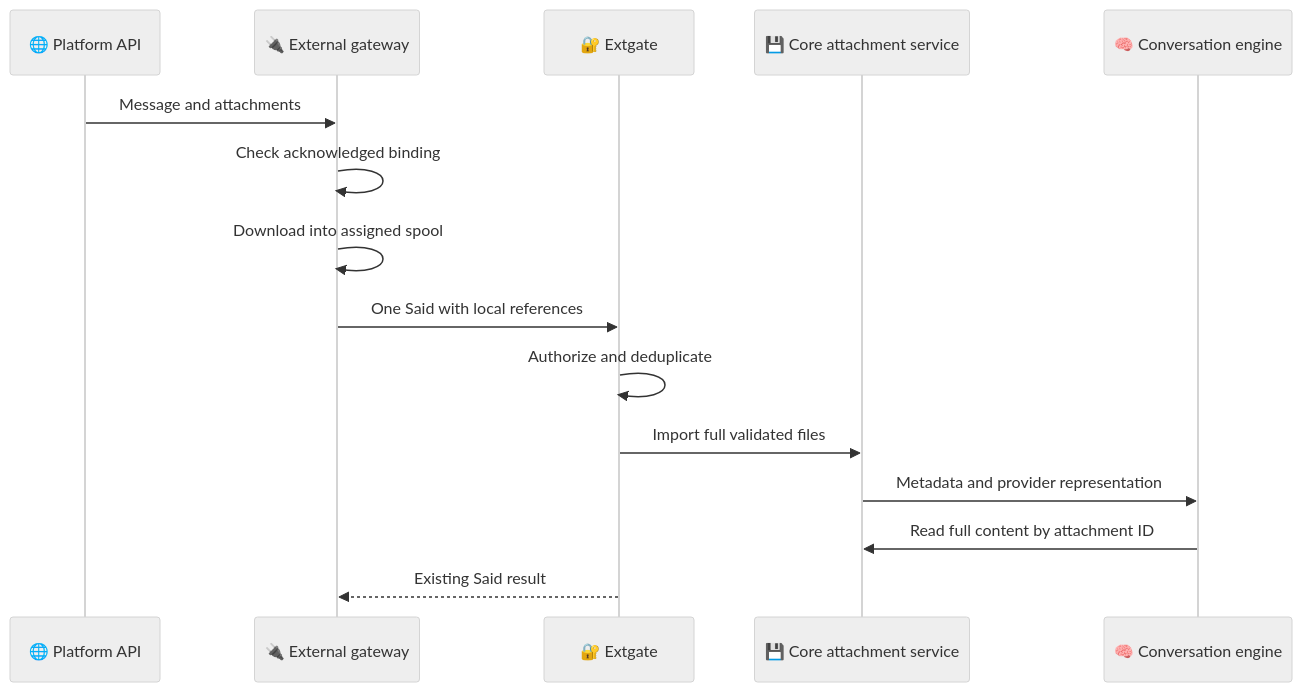
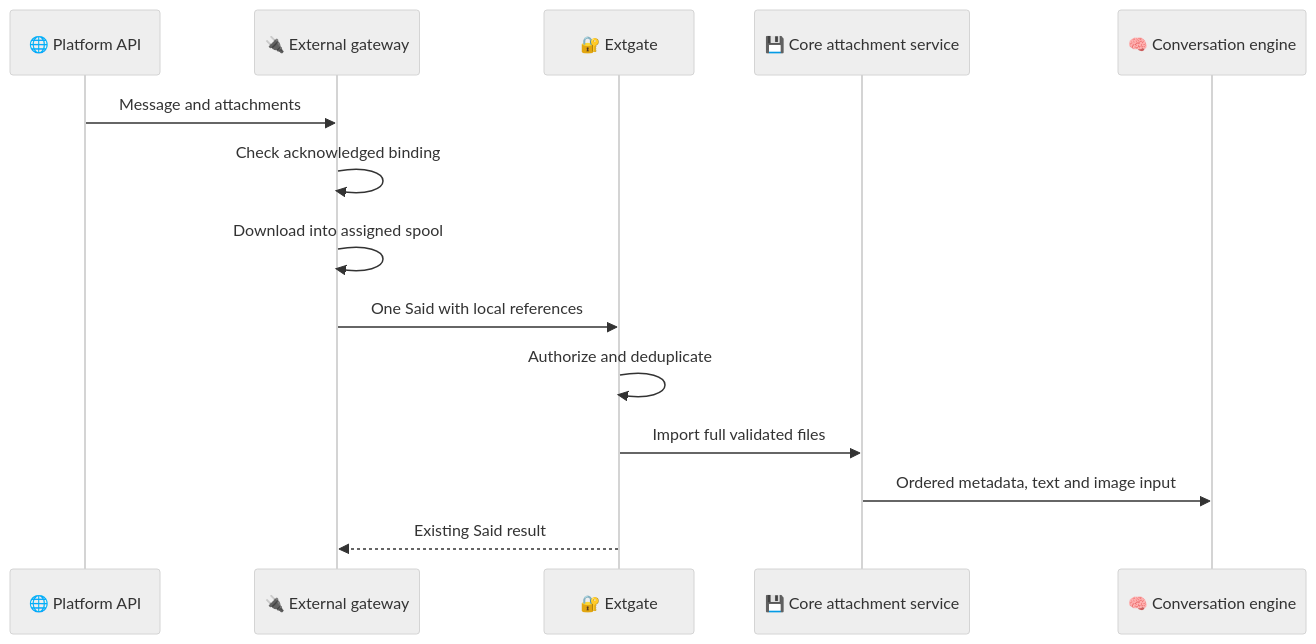
One commit to kojira/opencrab changed the diagram in docs/design-generic-inbound-attachments.md. Above: the diagram before and after it, drawn with Mermaid (neutral theme). The commit also changed other lines of this file and 9 other files, not shown here.

````diff
--- a/docs/design-generic-inbound-attachments.md
+++ b/docs/design-generic-inbound-attachments.md
@@ -32,21 +32,20 @@
 ```mermaid
 sequenceDiagram
     accTitle: Simple Local Attachment Flow
     accDescr: A platform gateway downloads an attachment into a core-provided spool directory and sends one existing Said frame containing provider-neutral local attachment references.
 
     participant platform as 🌐 Platform API
     participant gateway as 🔌 External gateway
     participant extgate as 🔐 Extgate
     participant core as 💾 Core attachment service
     participant engine as 🧠 Conversation engine
 
     platform->>gateway: Message and attachments
     gateway->>gateway: Check acknowledged binding
     gateway->>gateway: Download into assigned spool
     gateway->>extgate: One Said with local references
     extgate->>extgate: Authorize and deduplicate
     extgate->>core: Import full validated files
-    core->>engine: Metadata and provider representation
-    engine->>core: Read full content by attachment ID
+    core->>engine: Ordered metadata, text and image input
     extgate-->>gateway: Existing Said result
 ```
````
